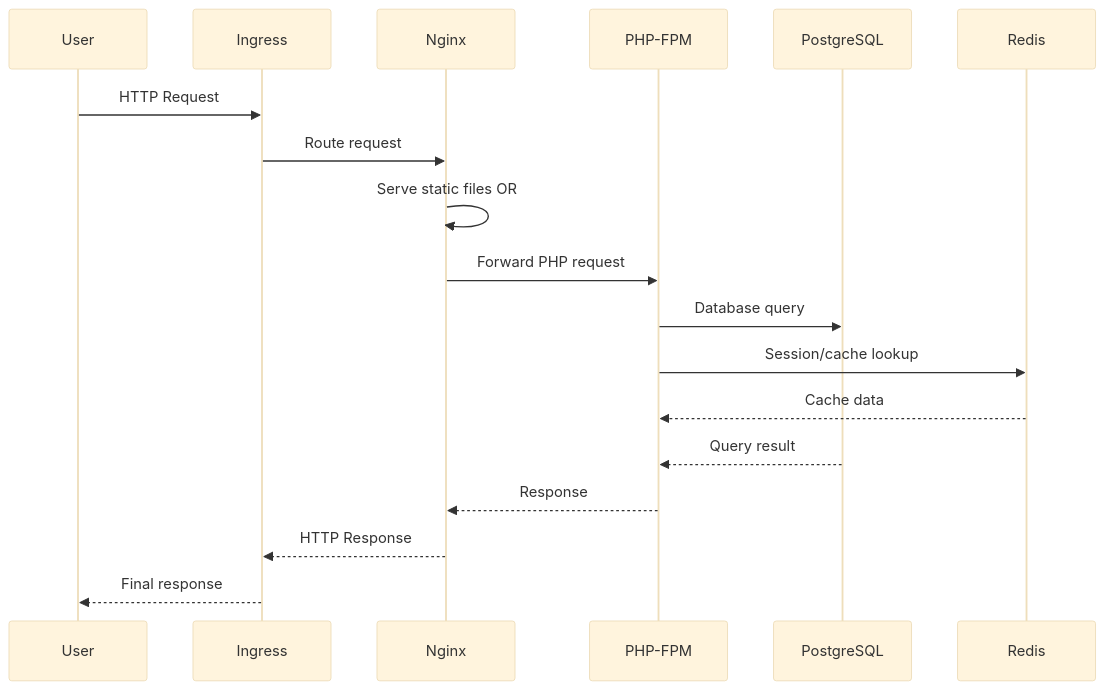
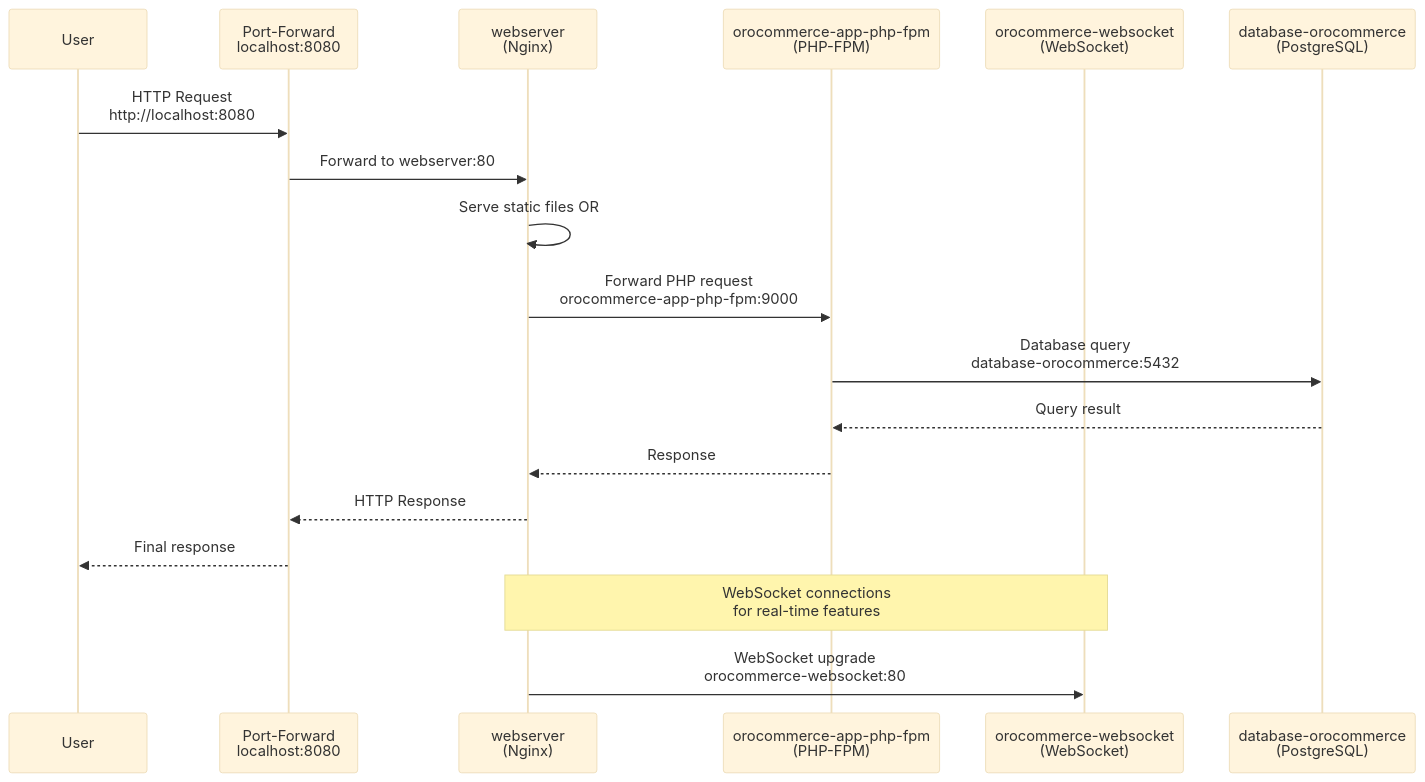
One commit to Jerem-14/k8s-orocommerce changed the eighth of 11 diagrams in docs/architecture.md. Above: the diagram before and after it, drawn with Mermaid (base theme). The commit also changed other lines of this file and 4 other files, not shown here.

````diff
--- a/docs/architecture.md
+++ b/docs/architecture.md
@@ -326,21 +354,22 @@
 ```mermaid
 sequenceDiagram
     participant User
-    participant Ingress
-    participant Nginx
-    participant PHP-FPM
-    participant PostgreSQL
-    participant Redis
+    participant PortForward as Port-Forward<br/>localhost:8080
+    participant Nginx as webserver<br/>(Nginx)
+    participant PHP-FPM as orocommerce-app-php-fpm<br/>(PHP-FPM)
+    participant WebSocket as orocommerce-websocket<br/>(WebSocket)
+    participant PostgreSQL as database-orocommerce<br/>(PostgreSQL)
     
-    User->>Ingress: HTTP Request
-    Ingress->>Nginx: Route request
+    User->>PortForward: HTTP Request<br/>http://localhost:8080
+    PortForward->>Nginx: Forward to webserver:80
     Nginx->>Nginx: Serve static files OR
-    Nginx->>PHP-FPM: Forward PHP request
-    PHP-FPM->>PostgreSQL: Database query
-    PHP-FPM->>Redis: Session/cache lookup
-    Redis-->>PHP-FPM: Cache data
+    Nginx->>PHP-FPM: Forward PHP request<br/>orocommerce-app-php-fpm:9000
+    PHP-FPM->>PostgreSQL: Database query<br/>database-orocommerce:5432
     PostgreSQL-->>PHP-FPM: Query result
     PHP-FPM-->>Nginx: Response
-    Nginx-->>Ingress: HTTP Response
-    Ingress-->>User: Final response
+    Nginx-->>PortForward: HTTP Response
+    PortForward-->>User: Final response
+    
+    Note over Nginx,WebSocket: WebSocket connections<br/>for real-time features
+    Nginx->>WebSocket: WebSocket upgrade<br/>orocommerce-websocket:80
 ```
````
